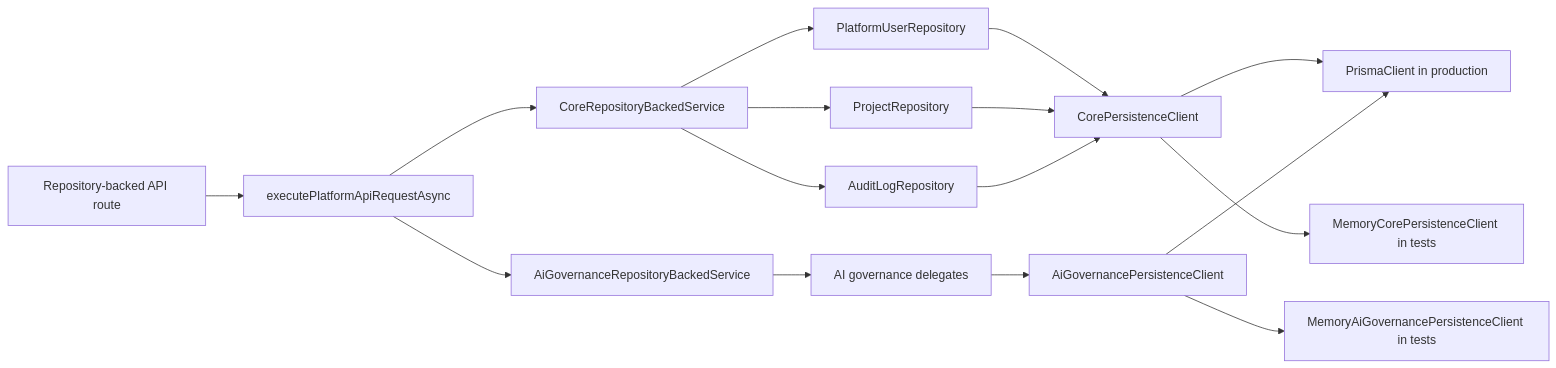
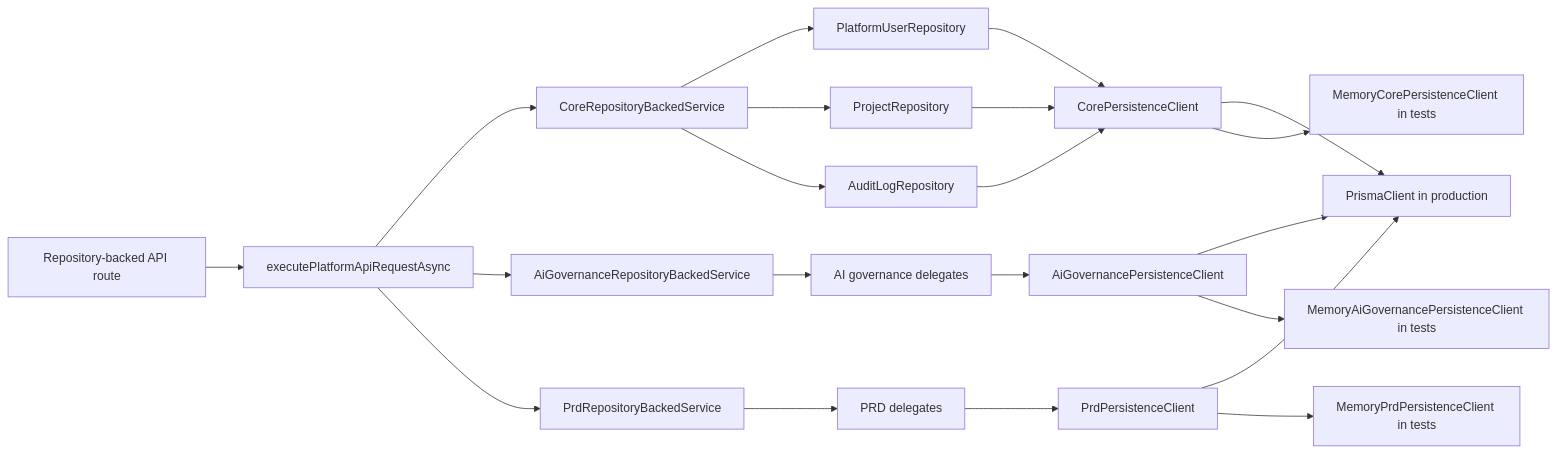
Before and after one commit to horizonxlabs/horizon: the diagram in docs/operations/real-mvp-persistence.md, drawn with Mermaid. The commit also changed other lines of this file and 6 other files, not shown here.

````diff
--- a/docs/operations/real-mvp-persistence.md
+++ b/docs/operations/real-mvp-persistence.md
@@ -19,18 +20,23 @@
 ```mermaid
 flowchart LR
   A["Repository-backed API route"] --> B["executePlatformApiRequestAsync"]
   B --> C["CoreRepositoryBackedService"]
   B --> J["AiGovernanceRepositoryBackedService"]
+  B --> N["PrdRepositoryBackedService"]
   C --> D["PlatformUserRepository"]
   C --> E["ProjectRepository"]
   C --> F["AuditLogRepository"]
   J --> K["AI governance delegates"]
+  N --> O["PRD delegates"]
   D --> G["CorePersistenceClient"]
   E --> G
   F --> G
   K --> L["AiGovernancePersistenceClient"]
+  O --> P["PrdPersistenceClient"]
   G --> H["PrismaClient in production"]
   G --> I["MemoryCorePersistenceClient in tests"]
   L --> H
   L --> M["MemoryAiGovernancePersistenceClient in tests"]
+  P --> H
+  P --> Q["MemoryPrdPersistenceClient in tests"]
 ```
````
